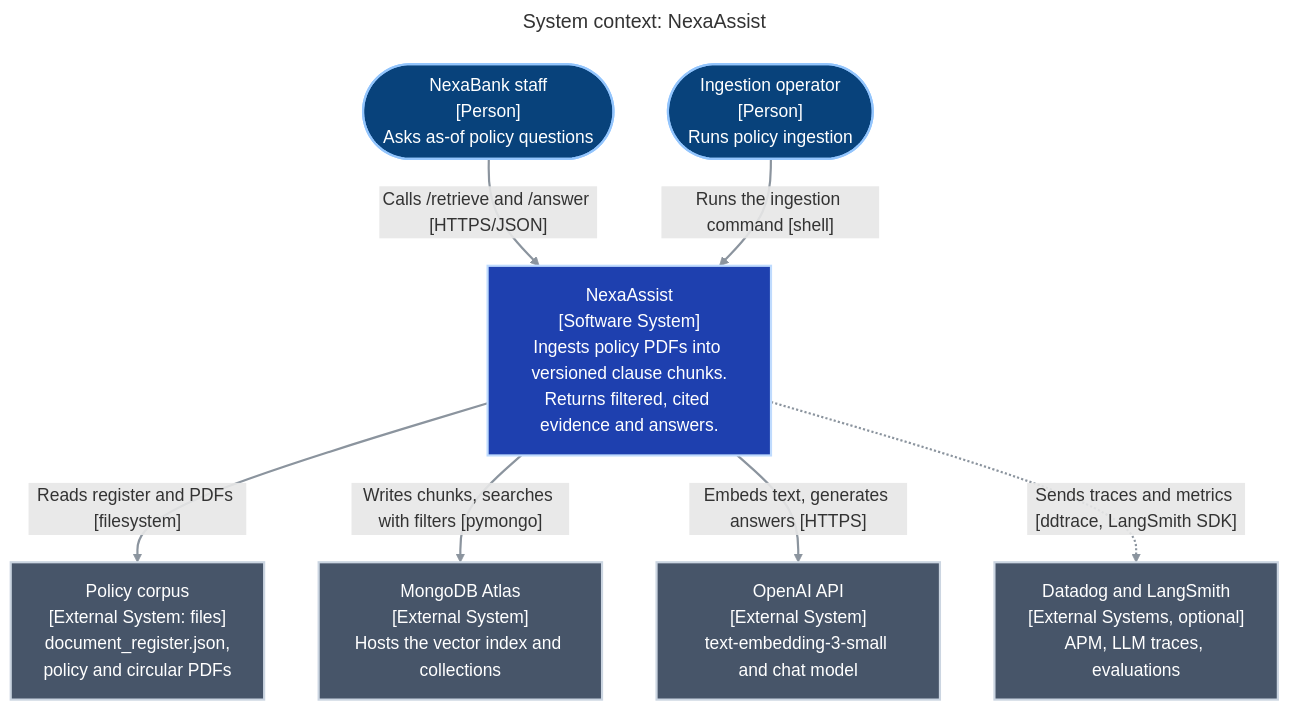
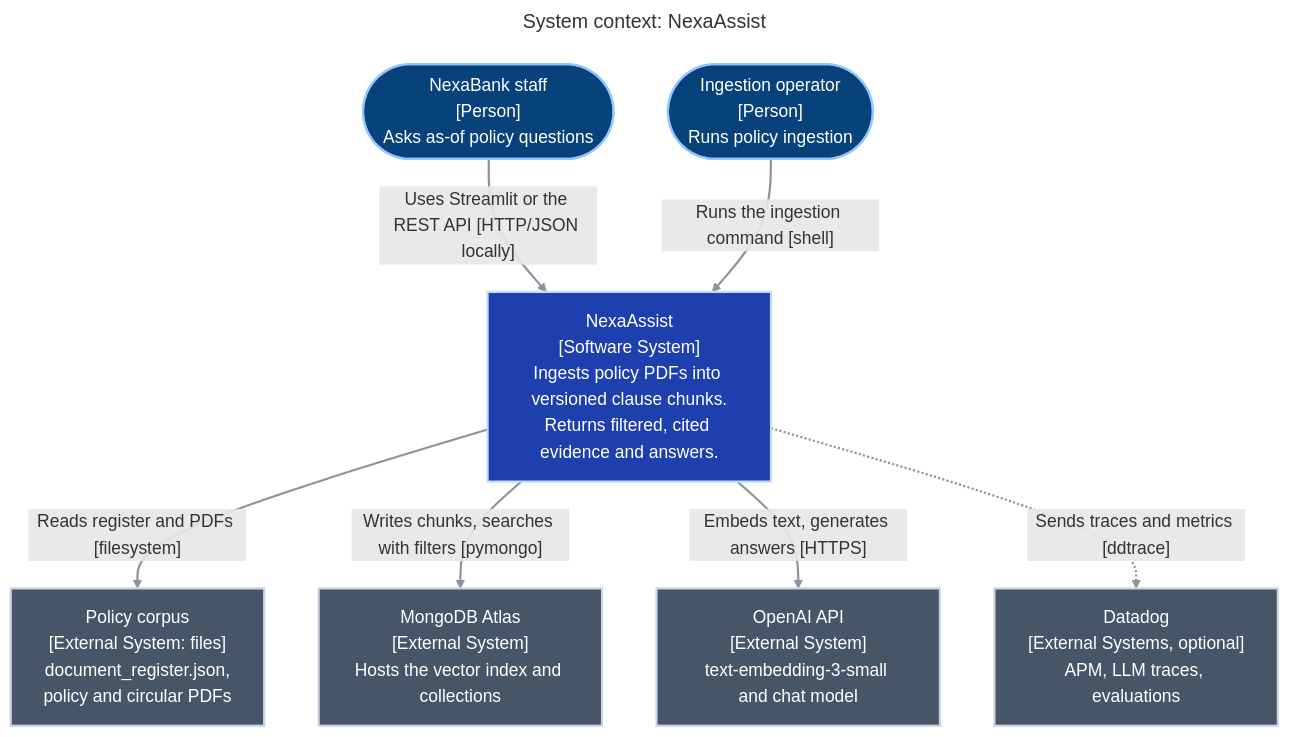
The fifth of 16 diagrams in README.md (bharathk5678/NexaAssist), drawn with Mermaid before and after one commit. The commit also changed other lines of this file and 124 other files, not shown here.

````diff
--- a/README.md
+++ b/README.md
@@ -160,27 +222,27 @@
 ```mermaid
 ---
 title: "System context: NexaAssist"
 ---
 flowchart TB
     staff(["NexaBank staff<br/>[Person]<br/>Asks as-of policy questions"]):::person
     ops(["Ingestion operator<br/>[Person]<br/>Runs policy ingestion"]):::person
 
     nexa["NexaAssist<br/>[Software System]<br/>Ingests policy PDFs into versioned clause chunks.<br/>Returns filtered, cited evidence and answers."]:::system
 
     files["Policy corpus<br/>[External System: files]<br/>document_register.json,<br/>policy and circular PDFs"]:::external
     atlas["MongoDB Atlas<br/>[External System]<br/>Hosts the vector index and collections"]:::external
     openai["OpenAI API<br/>[External System]<br/>text-embedding-3-small and chat model"]:::external
-    obs["Datadog and LangSmith<br/>[External Systems, optional]<br/>APM, LLM traces, evaluations"]:::external
+    obs["Datadog<br/>[External Systems, optional]<br/>APM, LLM traces, evaluations"]:::external
 
-    staff -->|"Calls /retrieve and /answer [HTTPS/JSON]"| nexa
+    staff -->|"Uses Streamlit or the REST API [HTTP/JSON locally]"| nexa
     ops -->|"Runs the ingestion command [shell]"| nexa
     nexa -->|"Reads register and PDFs [filesystem]"| files
     nexa -->|"Writes chunks, searches with filters [pymongo]"| atlas
     nexa -->|"Embeds text, generates answers [HTTPS]"| openai
-    nexa -.->|"Sends traces and metrics [ddtrace, LangSmith SDK]"| obs
+    nexa -.->|"Sends traces and metrics [ddtrace]"| obs
 
     classDef person fill:#08427b,stroke:#93c5fd,color:#ffffff,stroke-width:2px
     classDef system fill:#1e40af,stroke:#bfdbfe,color:#ffffff,stroke-width:2px
     classDef external fill:#475569,stroke:#cbd5e1,color:#ffffff,stroke-width:2px
     linkStyle default stroke:#8b949e,stroke-width:2px
 ```
````
